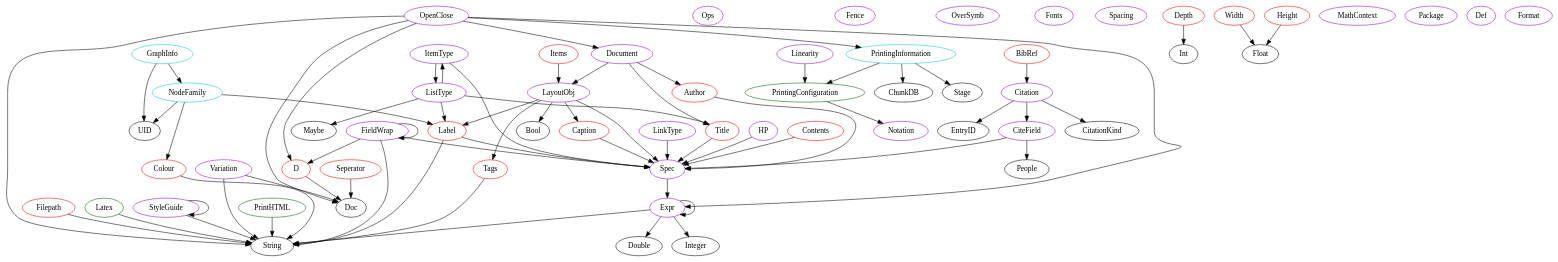
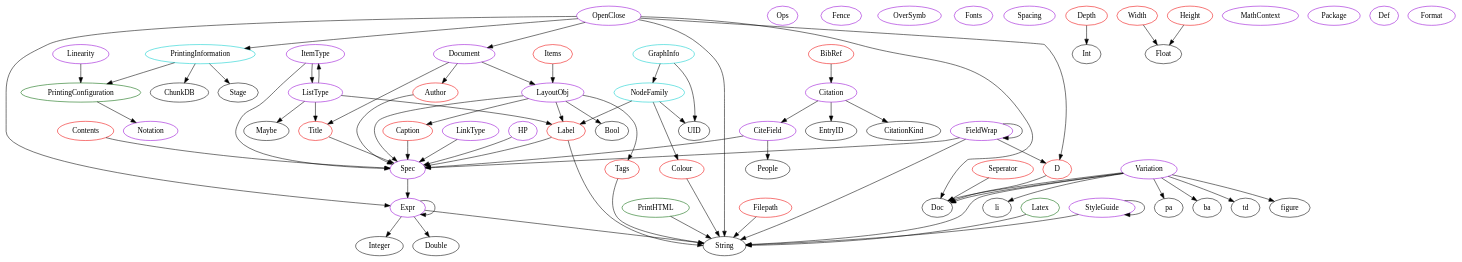
The diagram in analysis/TypeDependencyGraphs/printers.dot (Ant13731/Drasil), drawn with Graphviz before and after one commit. The commit also changed 1784 other files, not shown here.

```diff
--- a/analysis/TypeDependencyGraphs/printers.dot
+++ b/analysis/TypeDependencyGraphs/printers.dot
@@ -44,6 +44,21 @@
 		OpenClose	[shape=oval, color=darkviolet, label="OpenClose"];
 		}
 	}
+	subgraph helpers {
+		subgraph variation{
+		Variation -> td;
+		Variation -> figure;
+		Variation -> li;
+		Variation -> pa;
+		Variation -> ba;
+		Variation -> Doc;
+		Variation	[shape=oval, color=darkviolet, label="Variation"];
+		}
+	}
+	subgraph print {
+	}
+	subgraph print {
+	}
 	subgraph createmd {
 		subgraph seperator{
 		Seperator -> Doc;
@@ -58,13 +73,13 @@
 	}
 	subgraph codeexpr {
 	}
-	subgraph diplayexprs {
-	}
 	subgraph document {
 	}
 	subgraph expr {
 	}
 	subgraph helpers {
+	}
+	subgraph modelexpr {
 	}
 	subgraph sentence {
 	}
```
